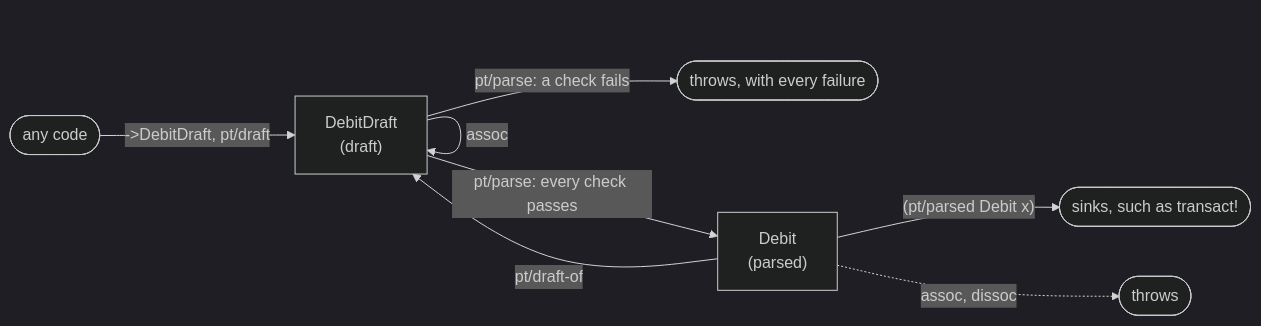
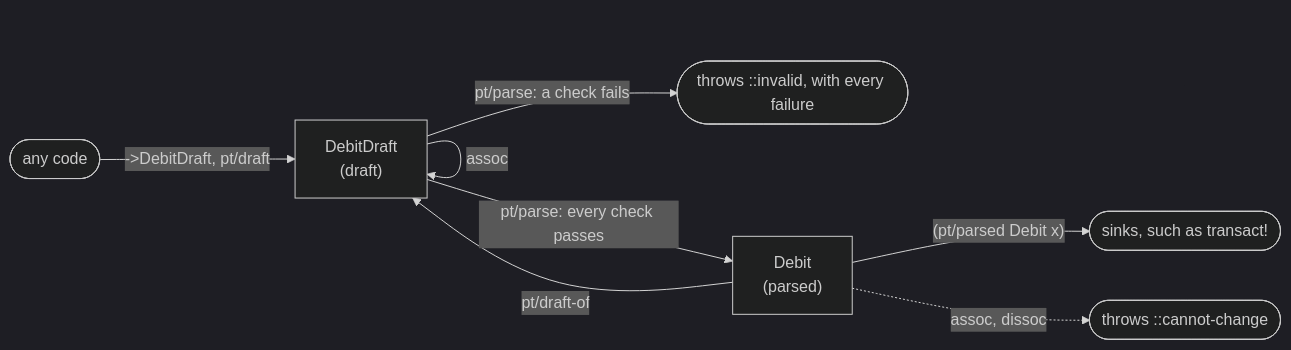
The diagram in README.md (escherize/parsed-types), drawn with Mermaid (dark theme) before and after one commit. The commit also changed other lines of this file, not shown here.

````diff
--- a/README.md
+++ b/README.md
@@ -23,10 +32,10 @@
 ```mermaid
 flowchart LR
   code([any code]) -->|"->DebitDraft, pt/draft"| D["DebitDraft<br/>(draft)"]
   D -->|assoc| D
   D -->|"pt/parse: every check passes"| P["Debit<br/>(parsed)"]
-  D -->|"pt/parse: a check fails"| F([throws, with every failure])
+  D -->|"pt/parse: a check fails"| F(["throws ::invalid, with every failure"])
   P -->|pt/draft-of| D
   P -->|"(pt/parsed Debit x)"| S([sinks, such as transact!])
-  P -.->|"assoc, dissoc"| T([throws])
+  P -.->|"assoc, dissoc"| T(["throws ::cannot-change"])
 ```
````
